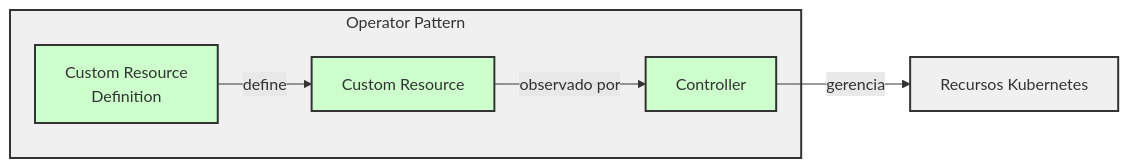
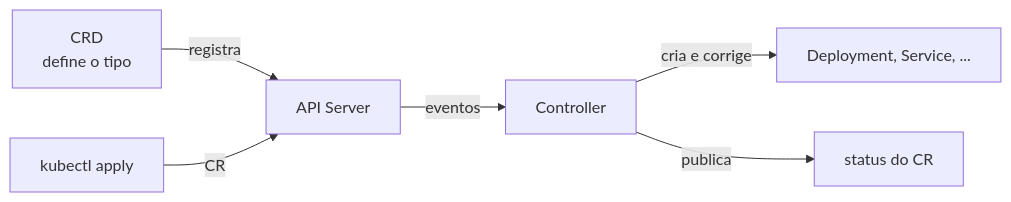
The first of 3 diagrams in docs/01-conceitos-basicos.md (cloud104/tcloud-devops-k8s-operators-training), drawn with Mermaid before and after one commit. The commit also changed other lines of this file and 9 other files, not shown here.

````diff
--- a/docs/01-conceitos-basicos.md
+++ b/docs/01-conceitos-basicos.md
@@ -62,19 +14,8 @@
 ```mermaid
 flowchart LR
-    subgraph OP ["Operator Pattern"]
-        CRD["Custom Resource
-        Definition"]
-        CR["Custom Resource"]
-        CTRL["Controller"]
-    end
-    
-    CRD -->|define| CR
-    CR -->|observado por| CTRL
-    CTRL -->|gerencia| K8S["Recursos Kubernetes"]
-    
-    classDef default fill:#f0f0f0,stroke:#333,stroke-width:2px
-    classDef resource fill:#ccffcc,stroke:#333
-
-    class OP default
-    class CRD,CR,CTRL resource
+    CRD["CRD<br/>define o tipo"] -->|registra| API["API Server"]
+    USER["kubectl apply"] -->|CR| API
+    API -->|eventos| CTRL["Controller"]
+    CTRL -->|cria e corrige| RES["Deployment, Service, ..."]
+    CTRL -->|publica| STATUS["status do CR"]
 ```
````
